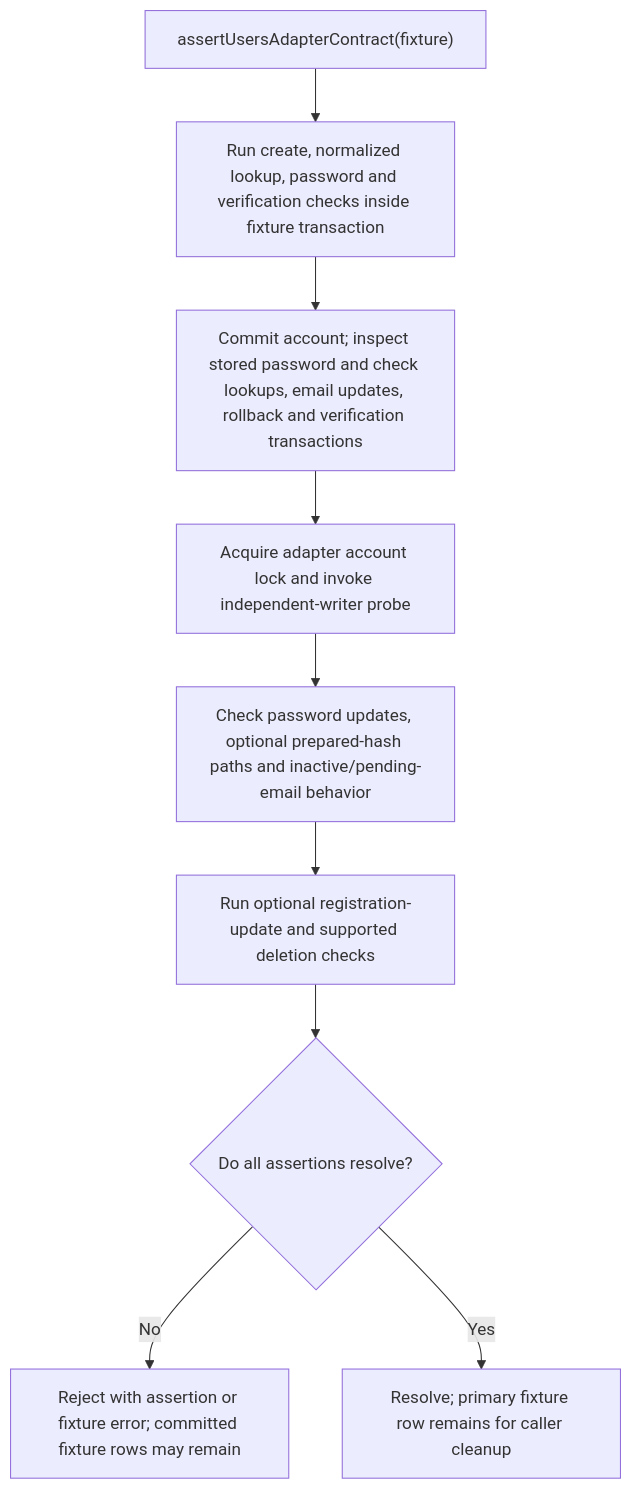
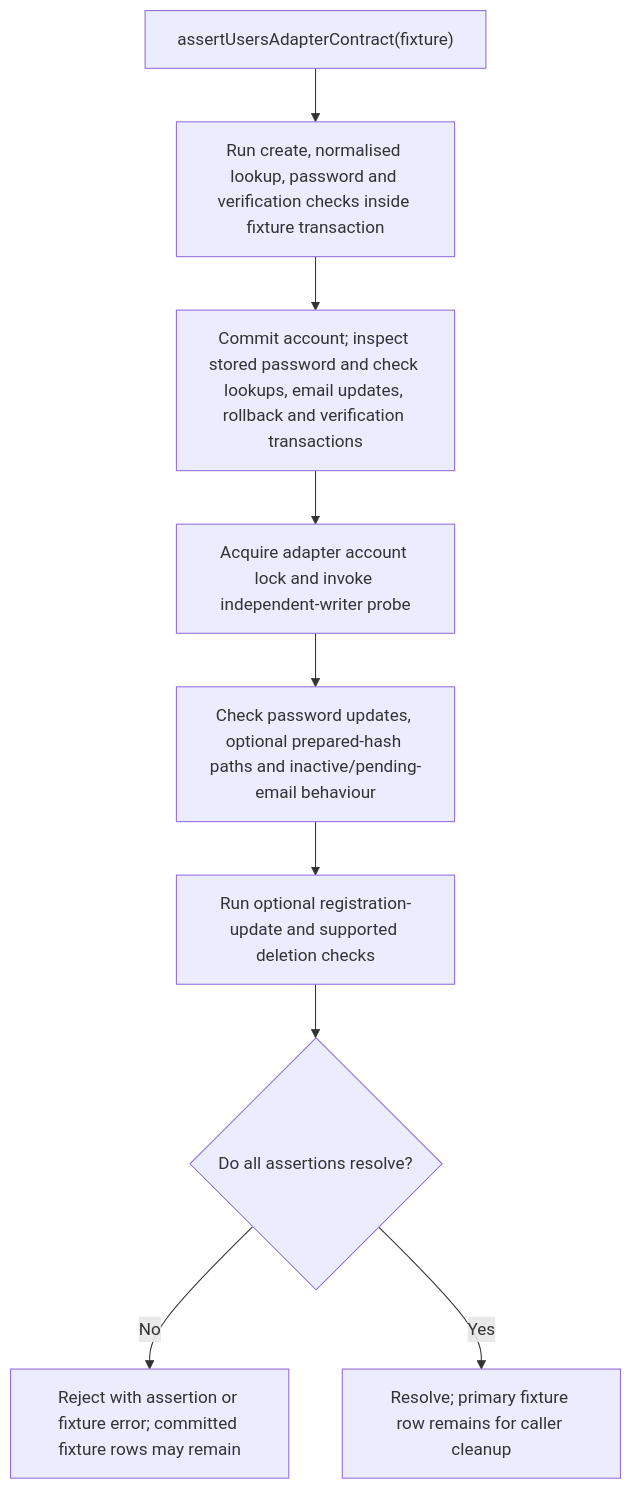
Before and after one commit to Kevinjohn/oss-adonisjs-account-kit: the second of 2 diagrams in user-stories/US-ACCOUNT-54-check-custom-adapter-contract.md, drawn with Mermaid. The commit also changed other lines of this file and 93 other files, not shown here.

````diff
--- a/user-stories/US-ACCOUNT-54-check-custom-adapter-contract.md
+++ b/user-stories/US-ACCOUNT-54-check-custom-adapter-contract.md
@@ -34,11 +34,11 @@
 ```mermaid
 flowchart TD
- A["assertUsersAdapterContract(fixture)"] --> B["Run create, normalized lookup, password and verification checks inside fixture transaction"]
+ A["assertUsersAdapterContract(fixture)"] --> B["Run create, normalised lookup, password and verification checks inside fixture transaction"]
  B --> C["Commit account; inspect stored password and check lookups, email updates, rollback and verification transactions"]
  C --> D["Acquire adapter account lock and invoke independent-writer probe"]
- D --> E["Check password updates, optional prepared-hash paths and inactive/pending-email behavior"]
+ D --> E["Check password updates, optional prepared-hash paths and inactive/pending-email behaviour"]
  E --> F["Run optional registration-update and supported deletion checks"]
  F --> G{"Do all assertions resolve?"}
  G -->|No| H["Reject with assertion or fixture error; committed fixture rows may remain"]
  G -->|Yes| I["Resolve; primary fixture row remains for caller cleanup"]
 ```
````
